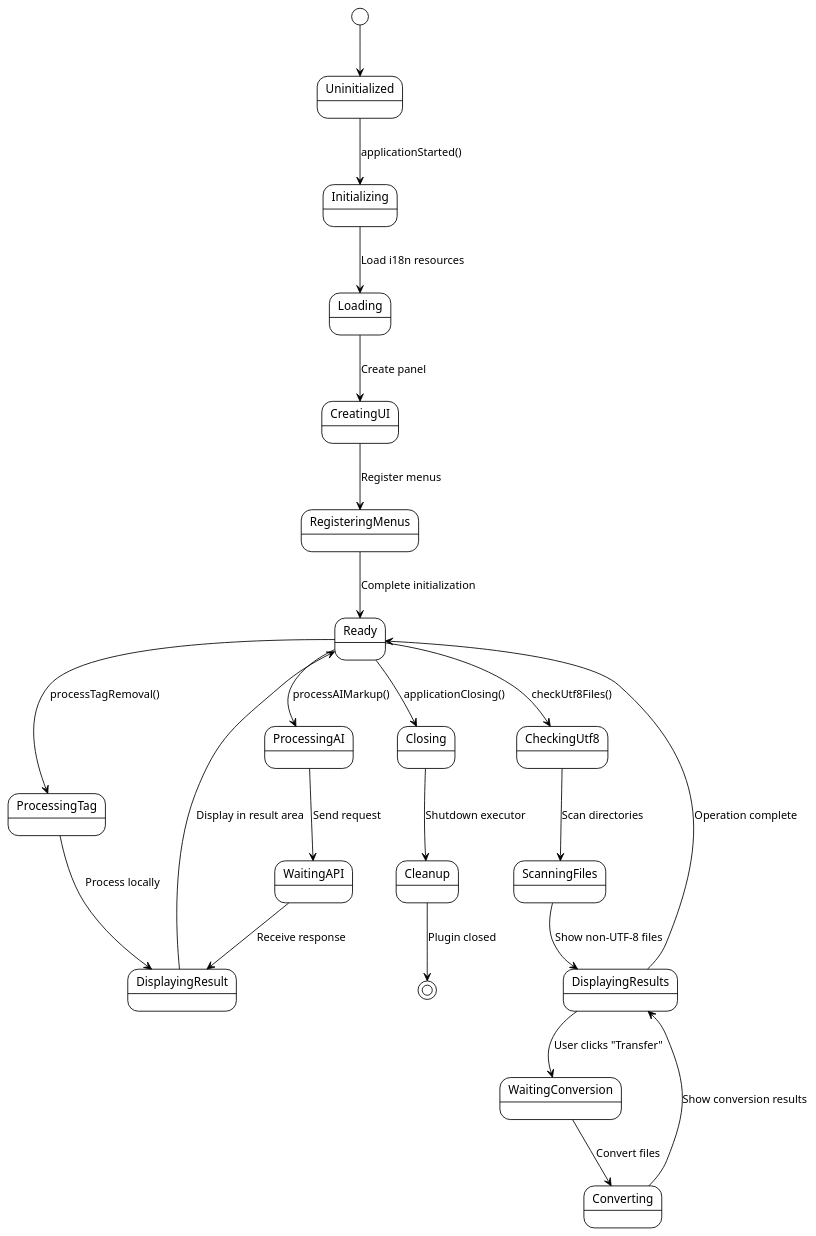
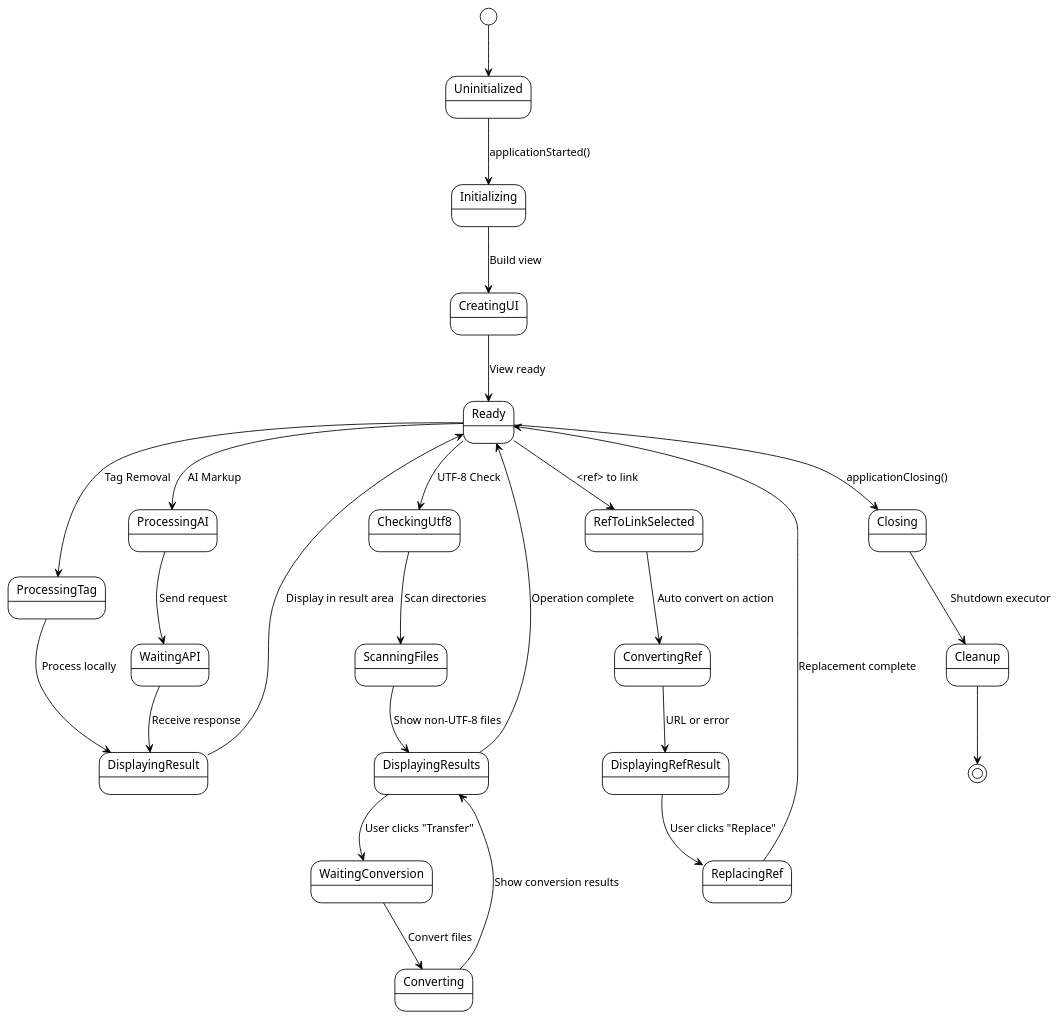
Before and after one commit to happypig/OCR2Markup: the ninth of 14 diagrams in Models/Gemini2.5/dila-ai-markup-plugin/docs/RUP.MD, drawn with PlantUML. The commit also changed other lines of this file and 9 other files, not shown here.

````diff
--- a/Models/Gemini2.5/dila-ai-markup-plugin/docs/RUP.MD
+++ b/Models/Gemini2.5/dila-ai-markup-plugin/docs/RUP.MD
@@ -1019,36 +1453,39 @@
 ```plantuml
 @startuml
 !theme plain
 
 [*] --> Uninitialized
 
 Uninitialized --> Initializing: applicationStarted()
+Initializing --> CreatingUI: Build view
+CreatingUI --> Ready: View ready
 
-Initializing --> Loading: Load i18n resources
-Loading --> CreatingUI: Create panel
-CreatingUI --> RegisteringMenus: Register menus
-RegisteringMenus --> Ready: Complete initialization
-
-Ready --> ProcessingAI: processAIMarkup()
-Ready --> ProcessingTag: processTagRemoval()
-Ready --> CheckingUtf8: checkUtf8Files()
+Ready --> ProcessingAI: AI Markup
+Ready --> ProcessingTag: Tag Removal
+Ready --> CheckingUtf8: UTF-8 Check
+Ready --> RefToLinkSelected: <ref> to link
 
 ProcessingAI --> WaitingAPI: Send request
 WaitingAPI --> DisplayingResult: Receive response
 DisplayingResult --> Ready: Display in result area
 
 ProcessingTag --> DisplayingResult: Process locally
+
 CheckingUtf8 --> ScanningFiles: Scan directories
-
 ScanningFiles --> DisplayingResults: Show non-UTF-8 files
 DisplayingResults --> WaitingConversion: User clicks "Transfer"
 WaitingConversion --> Converting: Convert files
 Converting --> DisplayingResults: Show conversion results
 DisplayingResults --> Ready: Operation complete
 
+RefToLinkSelected --> ConvertingRef: Auto convert on action
+ConvertingRef --> DisplayingRefResult: URL or error
+DisplayingRefResult --> ReplacingRef: User clicks "Replace"
+ReplacingRef --> Ready: Replacement complete
+
 Ready --> Closing: applicationClosing()
 Closing --> Cleanup: Shutdown executor
-Cleanup --> [*]: Plugin closed
+Cleanup --> [*]
 
 @enduml
 ```
````
